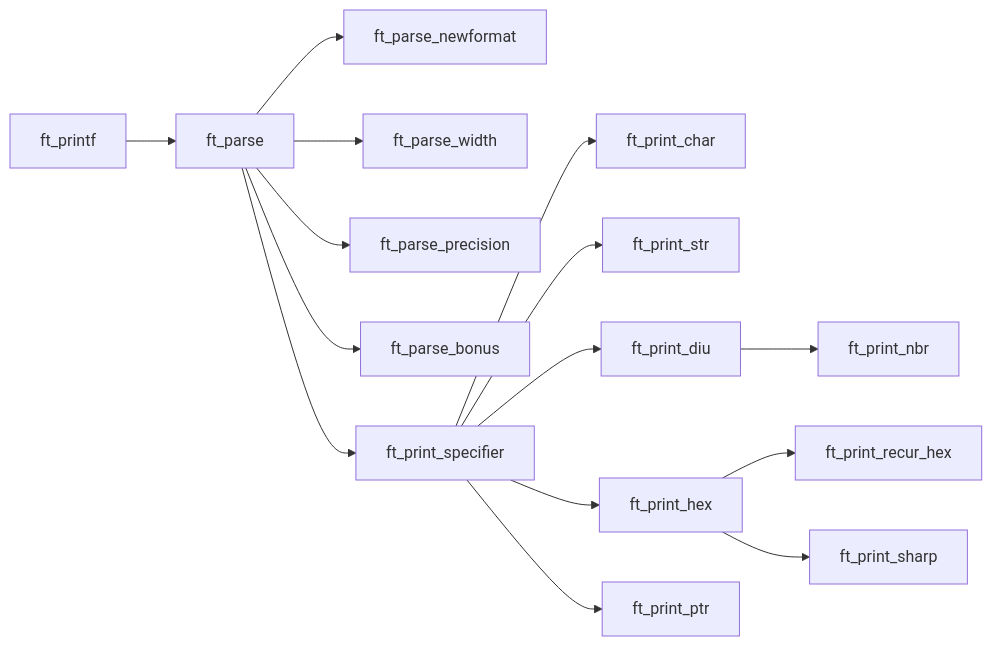
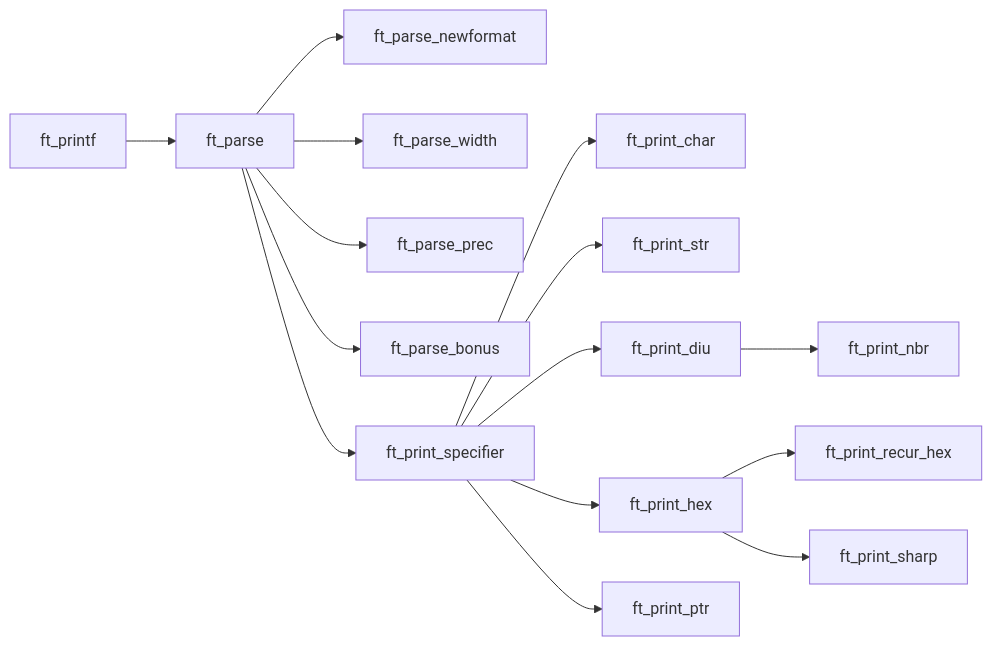
The second of 2 diagrams in README.md (PedroZappa/42_ft_printf), drawn with Mermaid before and after one commit. The commit also changed other lines of this file and 1 other file, not shown here.

Commit message:
ft_parse_prec : Prototypes implemented and README.md updated with new func-name

````diff
--- a/README.md
+++ b/README.md
@@ -171,20 +171,20 @@
 ```mermaid
 ---
 title ft_printf Processing Flow
 ---
 graph LR;
     ft_printf-->ft_parse;
     ft_parse-->ft_parse_newformat;
     ft_parse-->ft_parse_width;
-    ft_parse-->ft_parse_precision;
+    ft_parse-->ft_parse_prec;
     ft_parse-->ft_parse_bonus;
     ft_parse-->ft_print_specifier;
     ft_print_specifier-->ft_print_char;
     ft_print_specifier-->ft_print_str;
     ft_print_specifier-->ft_print_diu;
     ft_print_specifier-->ft_print_hex;
     ft_print_specifier-->ft_print_ptr;
     ft_print_diu-->ft_print_nbr;
     ft_print_hex-->ft_print_recur_hex;
     ft_print_hex-->ft_print_sharp;
 ```
````
